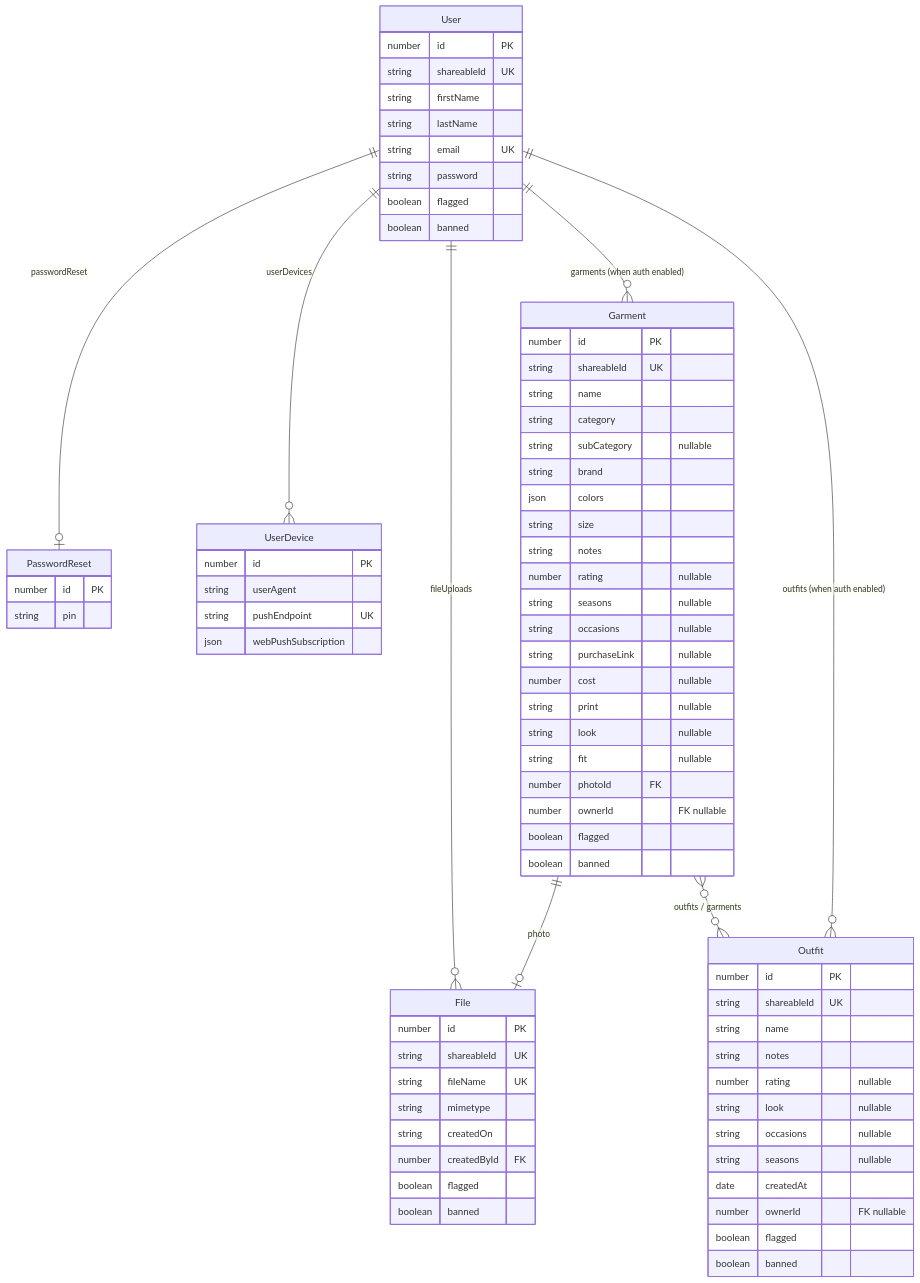
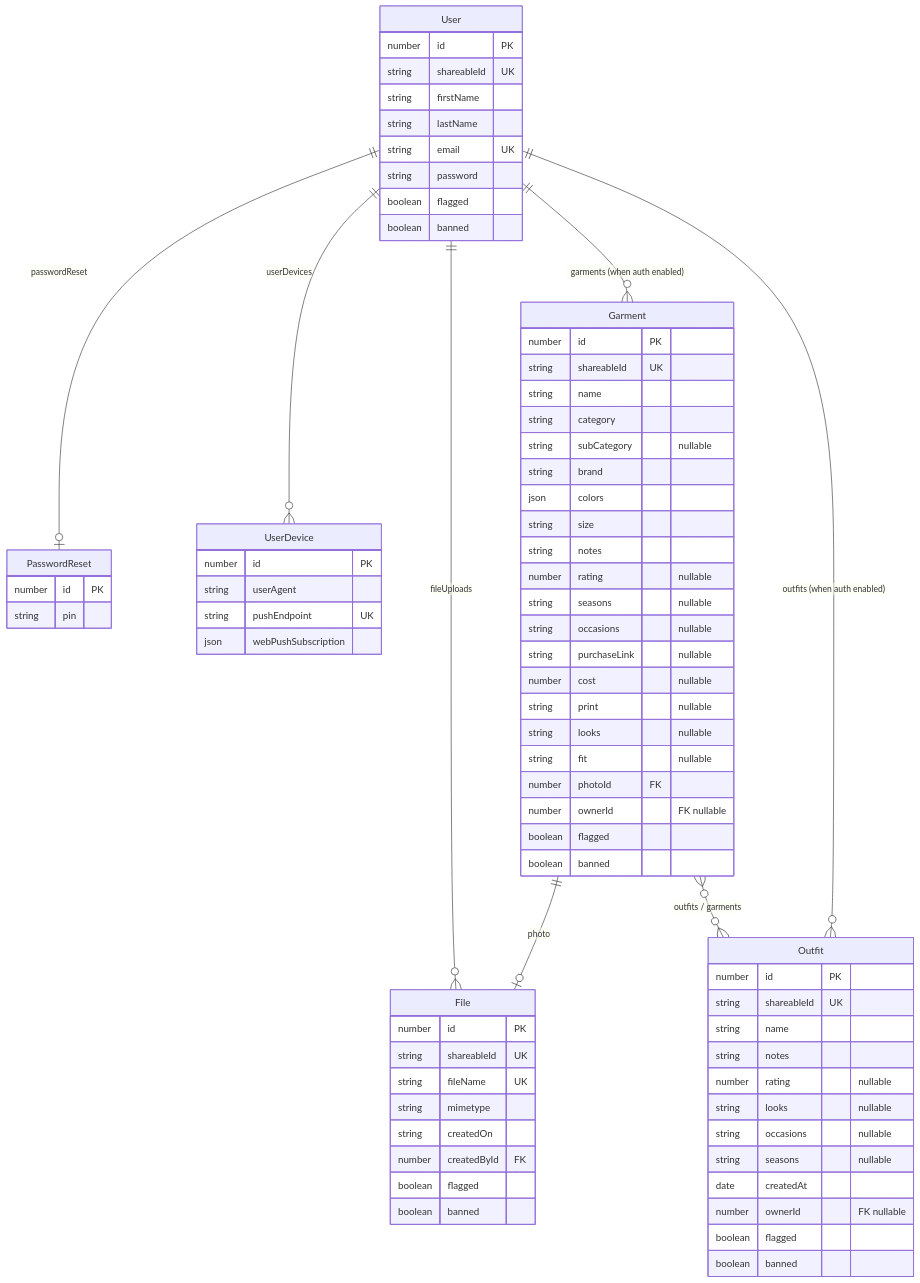
The diagram in docs/DESIGN.md (Lazztech/Libre-Closet), drawn with Mermaid before and after one commit. The commit also changed other lines of this file and 29 other files, not shown here.

Commit message:
feat(looks): Changed 'Look' to 'Looks', as one garment or outfit could be luxurious + formal looking, etc.

```diff
--- a/docs/DESIGN.md
+++ b/docs/DESIGN.md
@@ -144,7 +144,7 @@
         string purchaseLink "nullable"
         number cost "nullable"
         string print "nullable"
-        string look "nullable"
+        string looks "nullable"
         string fit "nullable"
         number photoId FK
         number ownerId "FK nullable"
@@ -158,7 +158,7 @@
         string name
         string notes
         number rating "nullable"
-        string look "nullable"
+        string looks "nullable"
         string occasions "nullable"
         string seasons "nullable"
         date createdAt
```
